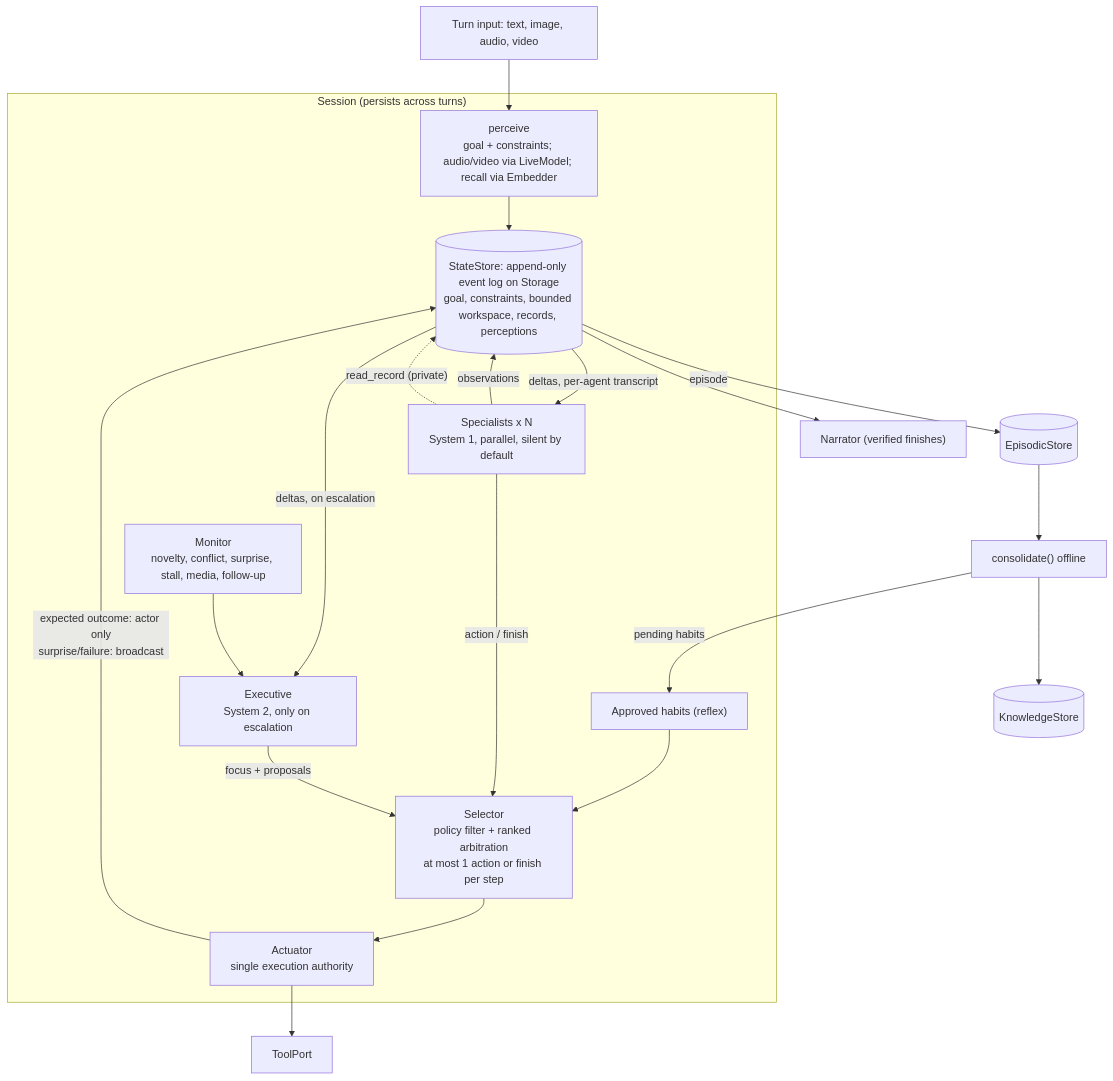
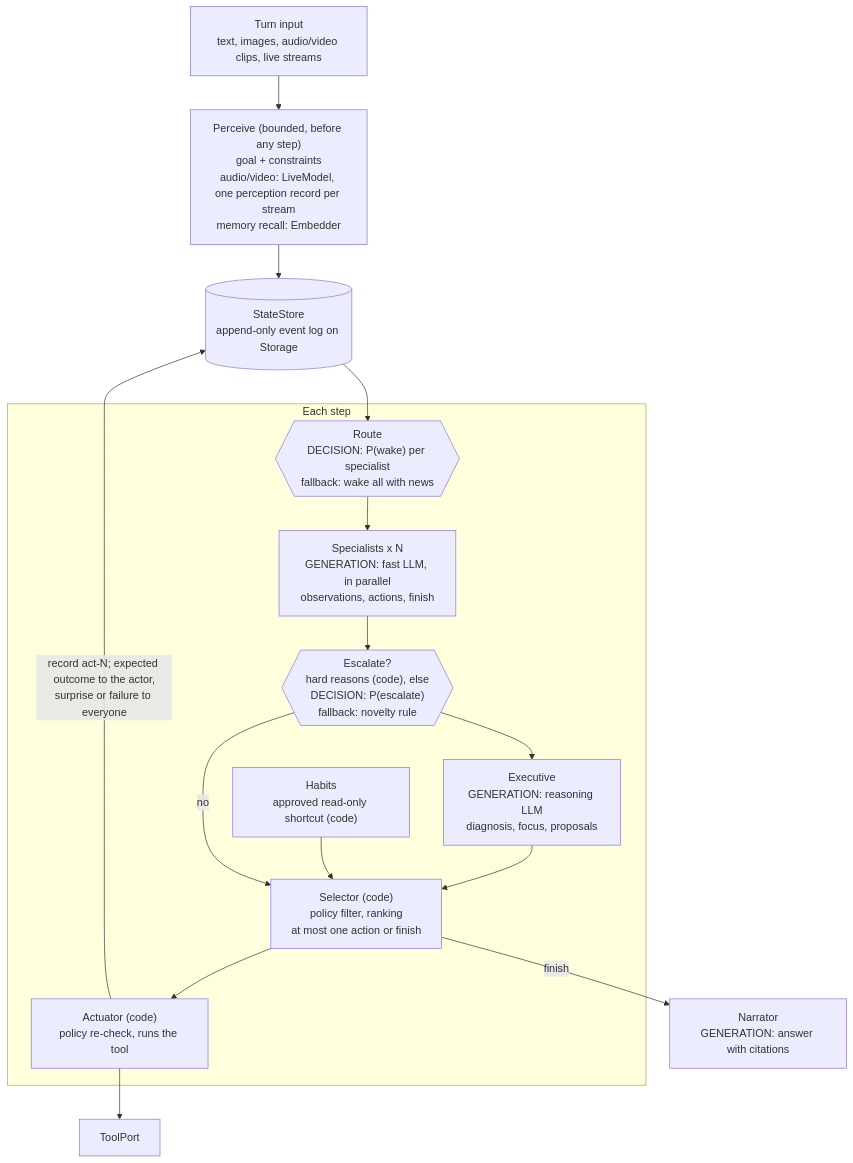
The diagram in README.md (rockwotj/brain), drawn with Mermaid before and after one commit. The commit also changed other lines of this file and 19 other files, not shown here.

Commit message:
Separate decision models from LLMs; stream live input; add ultrafast and introductory README

````diff
--- a/README.md
+++ b/README.md
@@ -30,29 +62,21 @@
 ```mermaid
 flowchart TB
-    IN["Turn input: text, image, audio, video"] --> PER
-    subgraph SESSION["Session (persists across turns)"]
-        PER["perceive<br/>goal + constraints; audio/video via LiveModel; recall via Embedder"]
-        ST[("StateStore: append-only event log on Storage<br/>goal, constraints, bounded workspace, records, perceptions")]
-        H["Approved habits (reflex)"]
-        SP["Specialists x N<br/>System 1, parallel, silent by default"]
-        MON["Monitor<br/>novelty, conflict, surprise, stall, media, follow-up"]
-        EX["Executive<br/>System 2, only on escalation"]
-        SEL["Selector<br/>policy filter + ranked arbitration<br/>at most 1 action or finish per step"]
-        ACT["Actuator<br/>single execution authority"]
+    IN["Turn input<br/>text, images, audio/video clips, live streams"] --> PER
+    PER["Perceive (bounded, before any step)<br/>goal + constraints<br/>audio/video: LiveModel, one perception record per stream<br/>memory recall: Embedder"] --> ST
+    ST[("StateStore<br/>append-only event log on Storage")]
+    subgraph STEP["Each step"]
+        HAB["Habits<br/>approved read-only shortcut (code)"]
+        ROUTE{{"Route<br/>DECISION: P(wake) per specialist<br/>fallback: wake all with news"}}
+        SPEC["Specialists x N<br/>GENERATION: fast LLM, in parallel<br/>observations, actions, finish"]
+        ESC{{"Escalate?<br/>hard reasons (code), else<br/>DECISION: P(escalate)<br/>fallback: novelty rule"}}
+        EXEC["Executive<br/>GENERATION: reasoning LLM<br/>diagnosis, focus, proposals"]
+        SEL["Selector (code)<br/>policy filter, ranking<br/>at most one action or finish"]
+        ACT["Actuator (code)<br/>policy re-check, runs the tool"]
     end
-    PER --> ST
-    ST -->|"deltas, per-agent transcript"| SP
-    ST -->|"deltas, on escalation"| EX
-    H --> SEL
-    SP -->|"observations"| ST
-    SP -->|"action / finish"| SEL
-    SP -.->|"read_record (private)"| ST
-    MON --> EX
-    EX -->|"focus + proposals"| SEL
+    ST --> ROUTE --> SPEC --> ESC --> EXEC --> SEL
+    HAB --> SEL
+    ESC -->|no| SEL
     SEL --> ACT --> TP["ToolPort"]
-    ACT -->|"expected outcome: actor only<br/>surprise/failure: broadcast"| ST
-    ST --> NAR["Narrator (verified finishes)"]
-    ST -->|episode| EP[("EpisodicStore")]
-    EP --> CON["consolidate() offline"] --> KN[("KnowledgeStore")]
-    CON -->|"pending habits"| H
+    ACT -->|"record act-N; expected outcome to the actor,<br/>surprise or failure to everyone"| ST
+    SEL -->|finish| NAR["Narrator<br/>GENERATION: answer with citations"]
 ```
````
